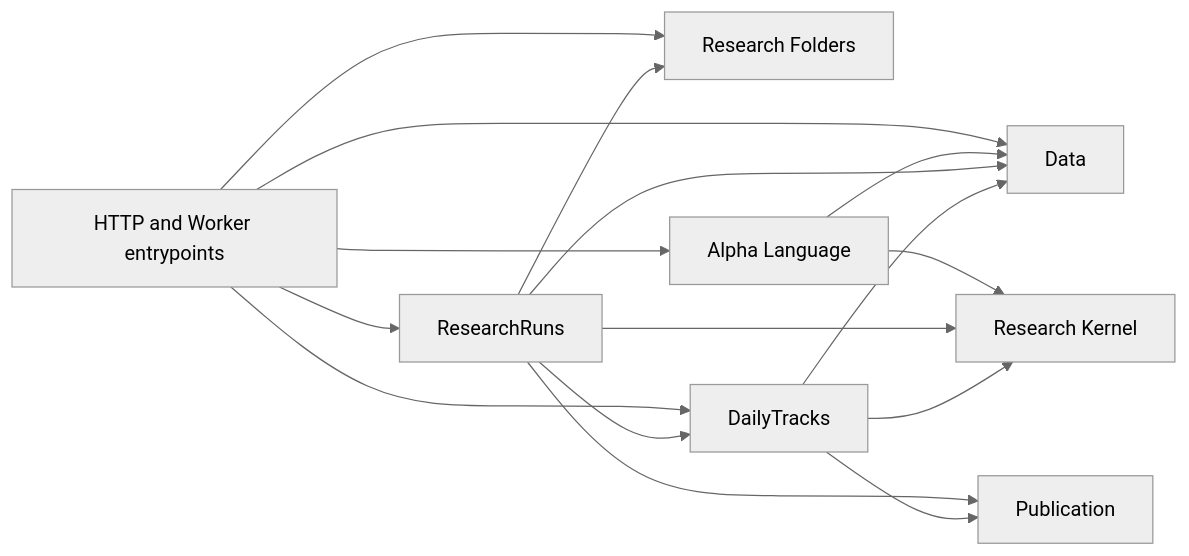
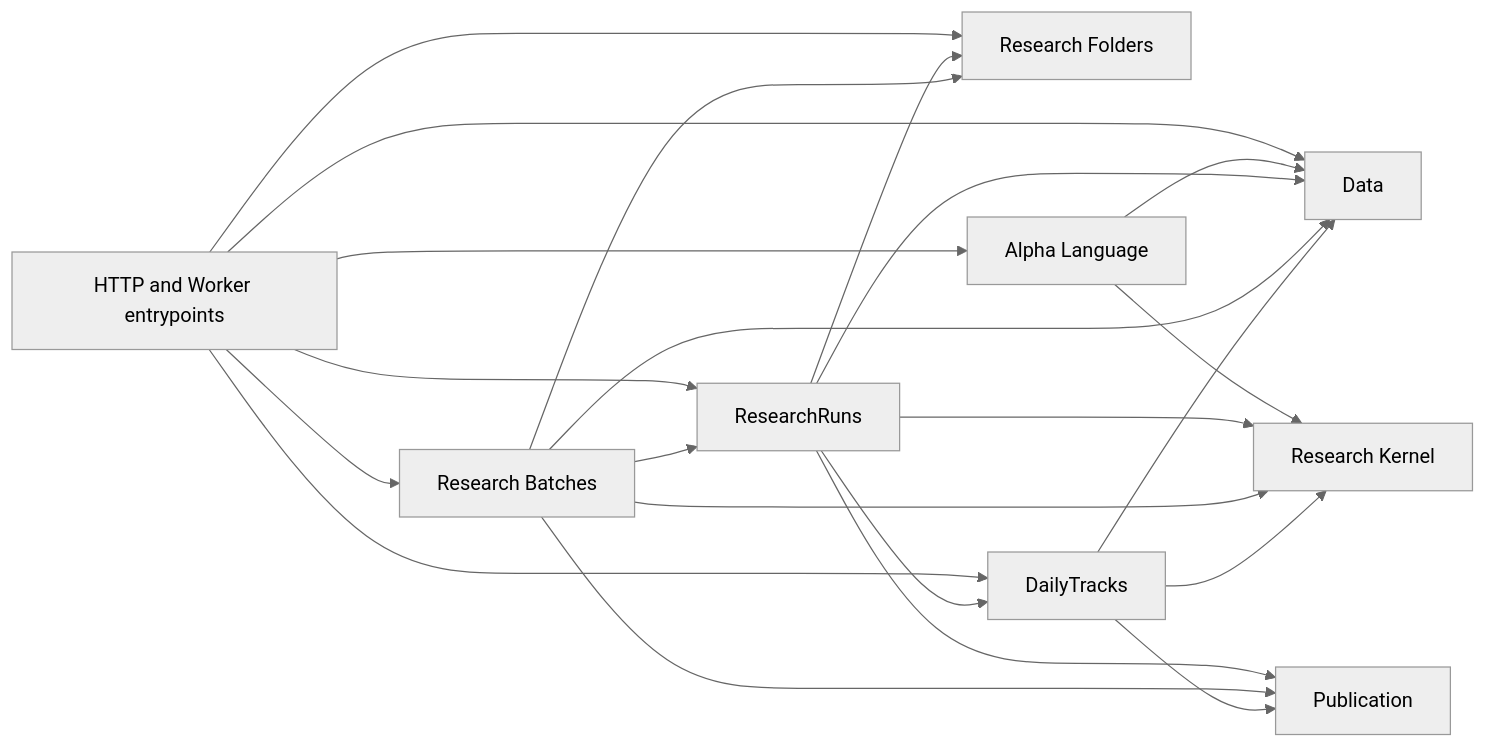
One commit to humeo/thesistrace changed the second of 2 diagrams in docs/architecture/core.md. Above: the diagram before and after it, drawn with Mermaid (neutral theme). The commit also changed other lines of this file and 10 other files, not shown here.

Commit message:
docs(auth): define multi-user access architecture

````diff
--- a/docs/architecture/core.md
+++ b/docs/architecture/core.md
@@ -119,18 +312,24 @@
 ```mermaid
 flowchart LR
     E["HTTP and Worker entrypoints"] --> F["Research Folders"]
     E --> R["ResearchRuns"]
+    E --> B["Research Batches"]
     E --> T["DailyTracks"]
     E --> A["Data"]
     E --> L["Alpha Language"]
     L --> A
     L --> K["Research Kernel"]
     R --> F
     R --> A
     R --> K
     R --> P["Publication"]
     R --> T
+    B --> F
+    B --> R
+    B --> A
+    B --> K
+    B --> P
     T --> A
     T --> K
     T --> P
 ```
````
